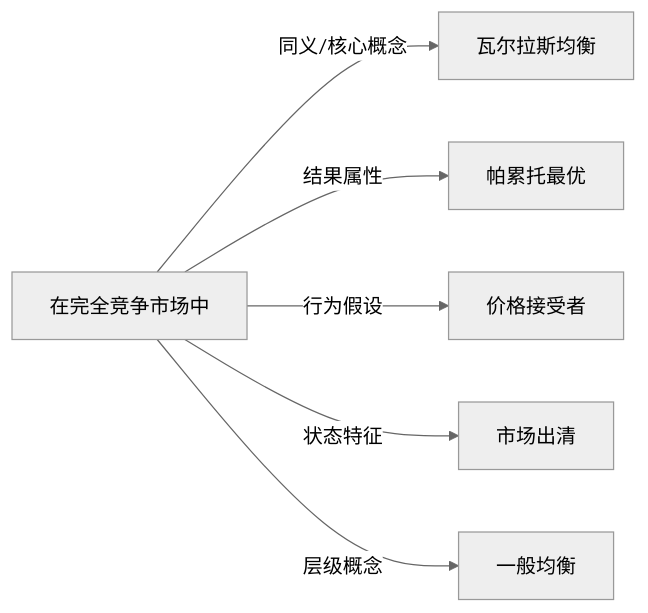
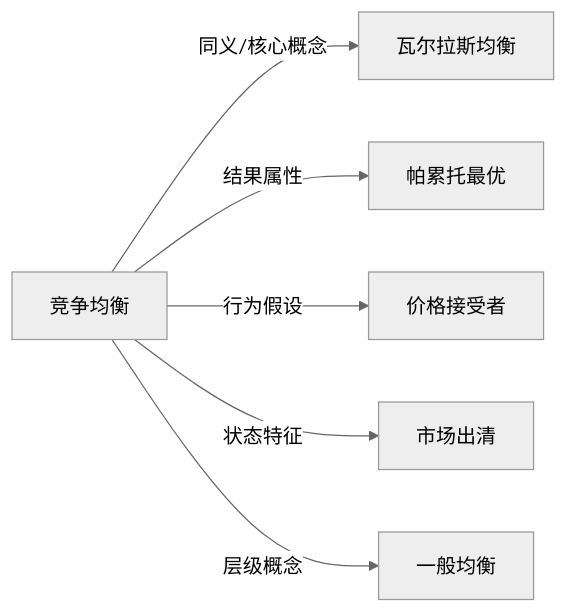
Before and after one commit to KIMMCHOW/MyKnowledge: the diagram in Knowledge/Concepts/经济/竞争均衡.md, drawn with Mermaid (neutral theme). The commit also changed 96 other files, not shown here.

Commit message:
fix: 修复概念页关系图节点并补齐缺失关联

````diff
--- a/Knowledge/Concepts/经济/竞争均衡.md
+++ b/Knowledge/Concepts/经济/竞争均衡.md
@@ -46,8 +46,8 @@
 ```mermaid
 graph LR
-    在完全竞争市场中 -->|同义/核心概念| 瓦尔拉斯均衡
-    在完全竞争市场中 -->|结果属性| 帕累托最优
-    在完全竞争市场中 -->|行为假设| 价格接受者
-    在完全竞争市场中 -->|状态特征| 市场出清
-    在完全竞争市场中 -->|层级概念| 一般均衡
+竞争均衡 -->|同义/核心概念| 瓦尔拉斯均衡
+竞争均衡 -->|结果属性| 帕累托最优
+竞争均衡 -->|行为假设| 价格接受者
+竞争均衡 -->|状态特征| 市场出清
+竞争均衡 -->|层级概念| 一般均衡
 ```
````
